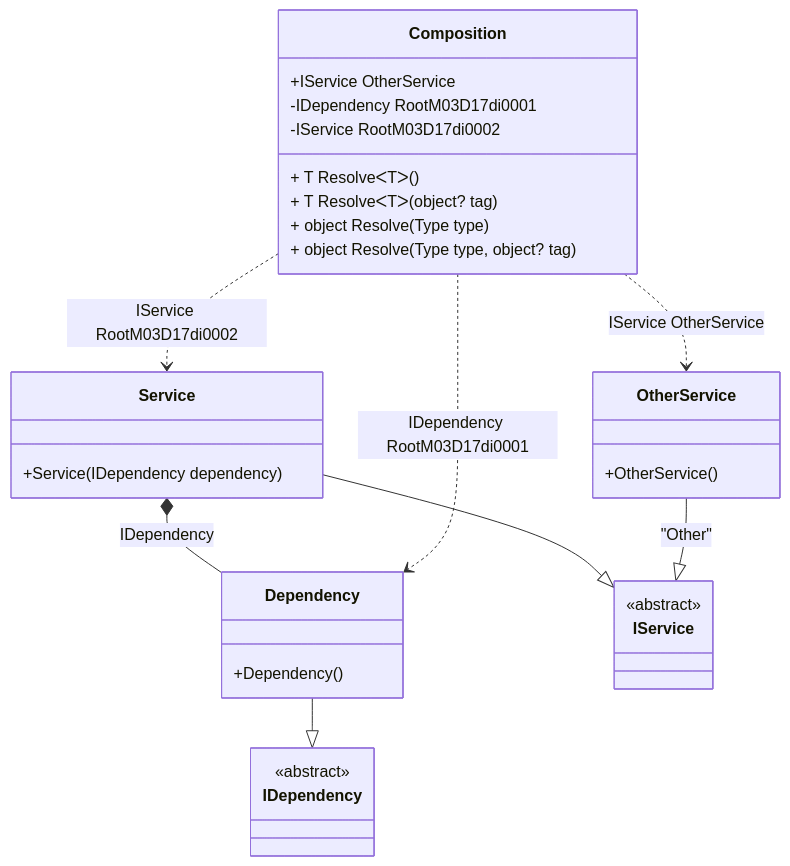
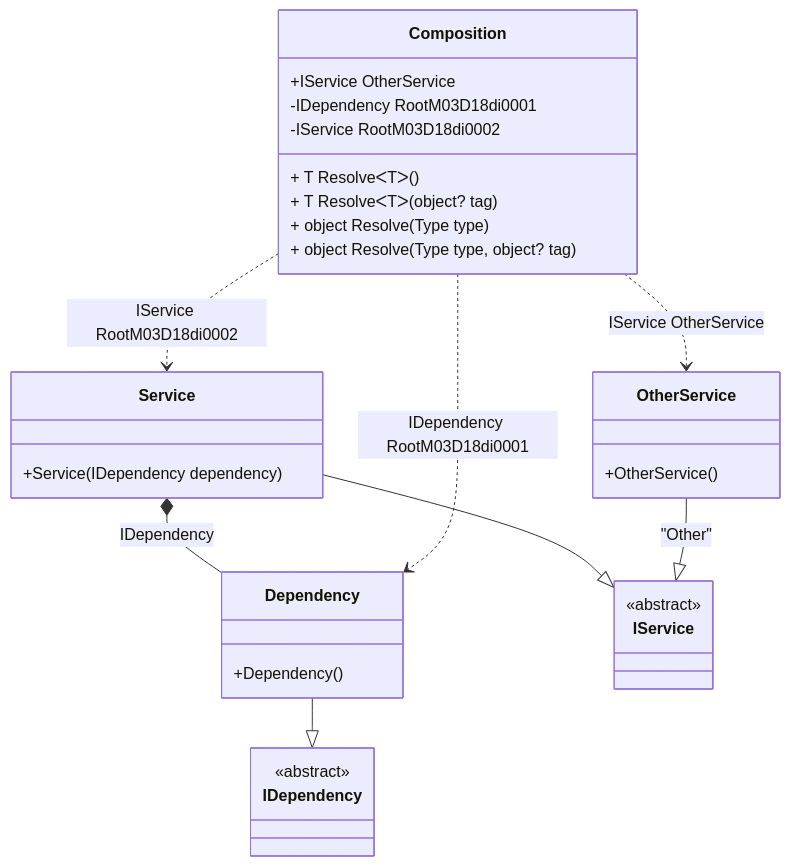
The diagram in readme/resolve-methods.md (DevTeam/Pure.DI), drawn with Mermaid before and after one commit. The commit also changed other lines of this file and 89 other files, not shown here.

````diff
--- a/readme/resolve-methods.md
+++ b/readme/resolve-methods.md
@@ -45,34 +45,34 @@
 ```mermaid
 classDiagram
   class Composition {
     +IService OtherService
-    -IDependency RootM03D17di0001
-    -IService RootM03D17di0002
+    -IDependency RootM03D18di0001
+    -IService RootM03D18di0002
     + T ResolveᐸTᐳ()
     + T ResolveᐸTᐳ(object? tag)
     + object Resolve(Type type)
     + object Resolve(Type type, object? tag)
   }
   Dependency --|> IDependency : 
   class Dependency {
     +Dependency()
   }
   Service --|> IService : 
   class Service {
     +Service(IDependency dependency)
   }
   OtherService --|> IService : "Other" 
   class OtherService {
     +OtherService()
   }
   class IDependency {
     <<abstract>>
   }
   class IService {
     <<abstract>>
   }
   Service *--  Dependency : IDependency
-  Composition ..> Dependency : IDependency RootM03D17di0001
-  Composition ..> Service : IService RootM03D17di0002
+  Composition ..> Dependency : IDependency RootM03D18di0001
+  Composition ..> Service : IService RootM03D18di0002
   Composition ..> OtherService : IService OtherService
 ```
````
